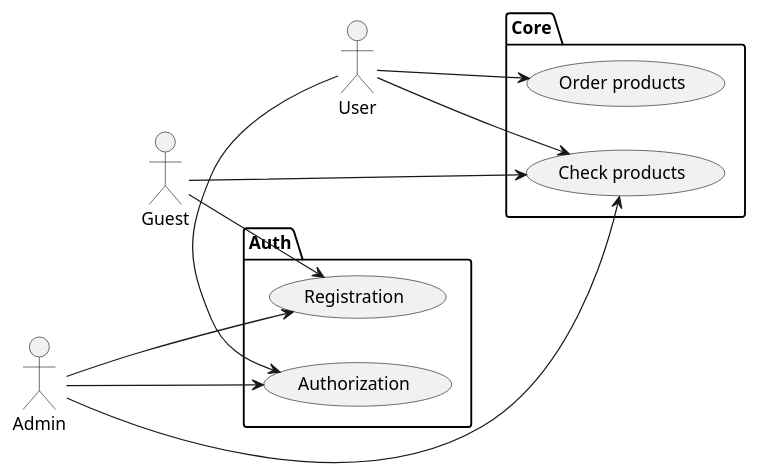
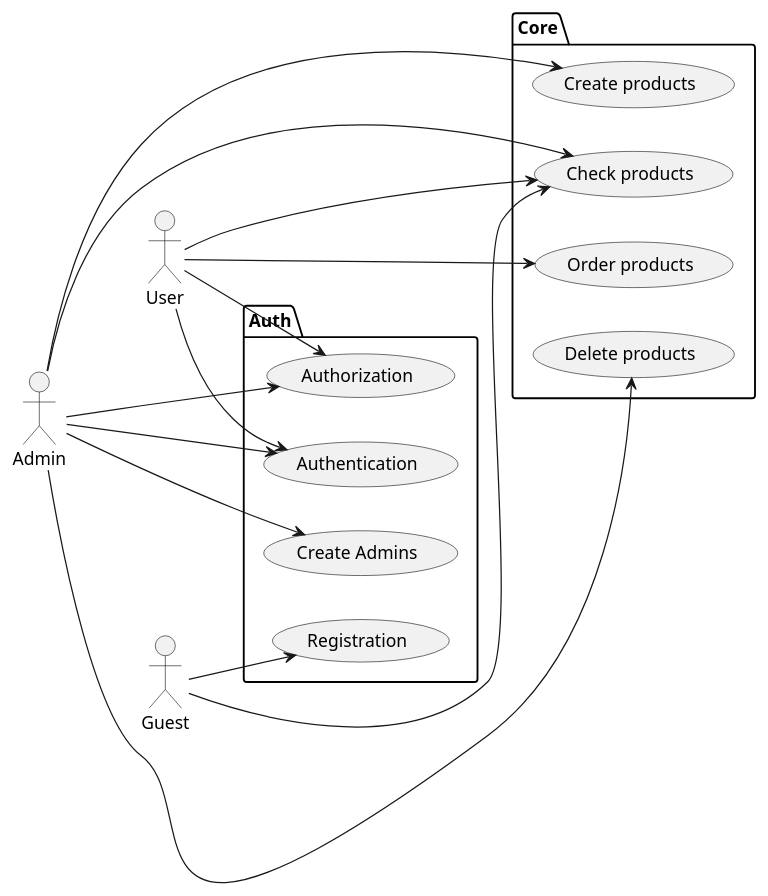
Before and after one commit to dima666Sik/book-house: the diagram in book-house-server/src/main/resources/useCaseDiagramActorsAndActs.puml, drawn with PlantUML. The commit also changed 2 other files, not shown here.

Commit message:
change some diagram

```diff
--- a/book-house-server/src/main/resources/useCaseDiagramActorsAndActs.puml
+++ b/book-house-server/src/main/resources/useCaseDiagramActorsAndActs.puml
@@ -1,29 +1,37 @@
 @startuml
 'https://plantuml.com/use-case-diagram
 
 left to right direction
 actor User
 actor Guest
 actor Admin
 
 package Core{
     (Check products) as (CP)
     (Order products) as (OP)
+    (Create products) as (CrP)
+    (Delete products) as (DP)
 }
 
 package Auth{
     (Authorization) as (Author)
     (Registration) as (Reg)
+    (Create Admins) as (CA)
+    (Authentication) as (Authen)
 }
 
 User -> (CP)
-User -> (OP)
+User ---> (OP)
 User -> (Author)
+User -> (Authen)
 
 Guest ---> (CP)
 Guest --> (Reg)
 
 Admin ----> (CP)
-Admin ---> (Reg)
 Admin ---> (Author)
+Admin --> (CA)
+Admin ---> (CrP)
+Admin ----> (DP)
+Admin -> (Authen)
 @enduml
```
